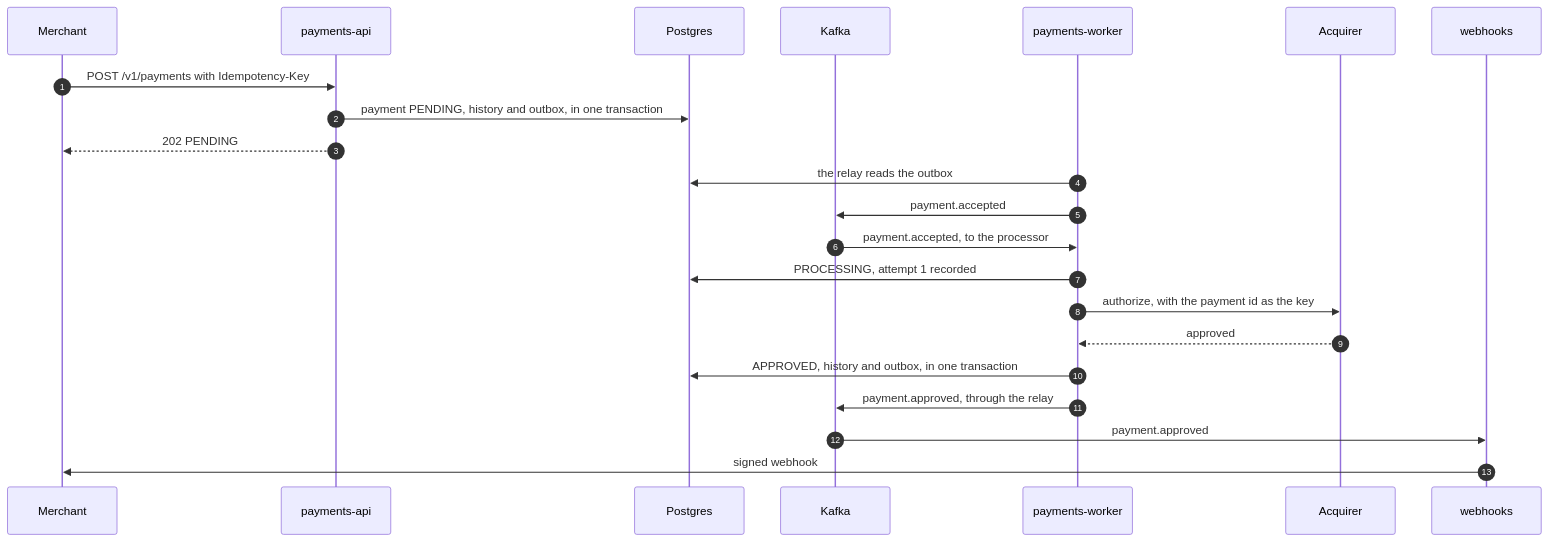
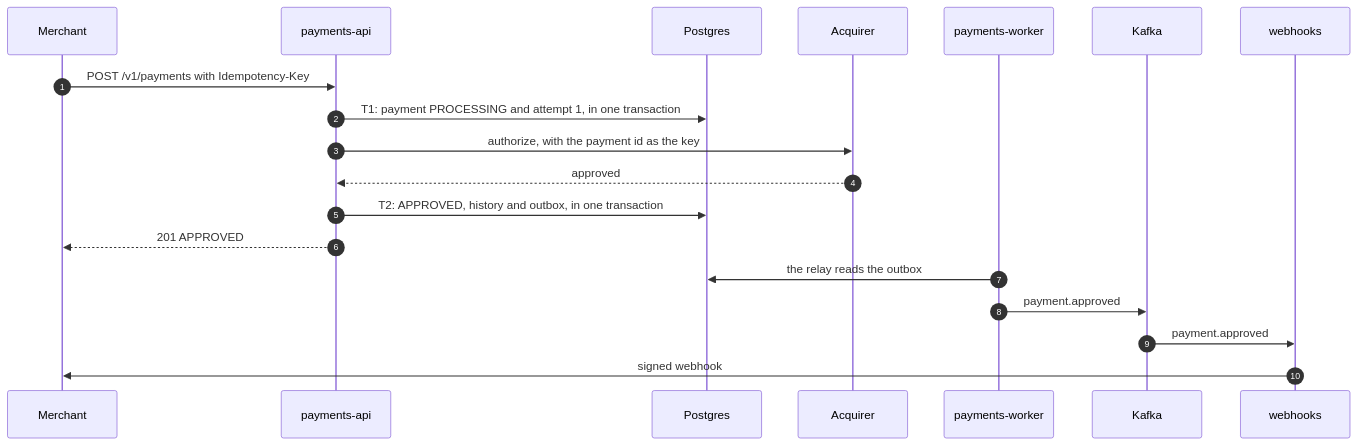
Before and after one commit to OscarNunezU/payment-processing-service: the second of 2 diagrams in docs/rfc/0001-architecture.md, drawn with Mermaid. The commit also changed other lines of this file, not shown here.

````diff
--- a/docs/rfc/0001-architecture.md
+++ b/docs/rfc/0001-architecture.md
@@ -57,24 +58,21 @@
 ```mermaid
 sequenceDiagram
     autonumber
     participant M as Merchant
     participant A as payments-api
     participant D as Postgres
+    participant Q as Acquirer
+    participant W as payments-worker
     participant K as Kafka
-    participant W as payments-worker
-    participant Q as Acquirer
     participant H as webhooks
     M->>A: POST /v1/payments with Idempotency-Key
-    A->>D: payment PENDING, history and outbox, in one transaction
-    A-->>M: 202 PENDING
+    A->>D: T1: payment PROCESSING and attempt 1, in one transaction
+    A->>Q: authorize, with the payment id as the key
+    Q-->>A: approved
+    A->>D: T2: APPROVED, history and outbox, in one transaction
+    A-->>M: 201 APPROVED
     W->>D: the relay reads the outbox
-    W->>K: payment.accepted
-    K->>W: payment.accepted, to the processor
-    W->>D: PROCESSING, attempt 1 recorded
-    W->>Q: authorize, with the payment id as the key
-    Q-->>W: approved
-    W->>D: APPROVED, history and outbox, in one transaction
-    W->>K: payment.approved, through the relay
+    W->>K: payment.approved
     K->>H: payment.approved
     H->>M: signed webhook
 ```
````
